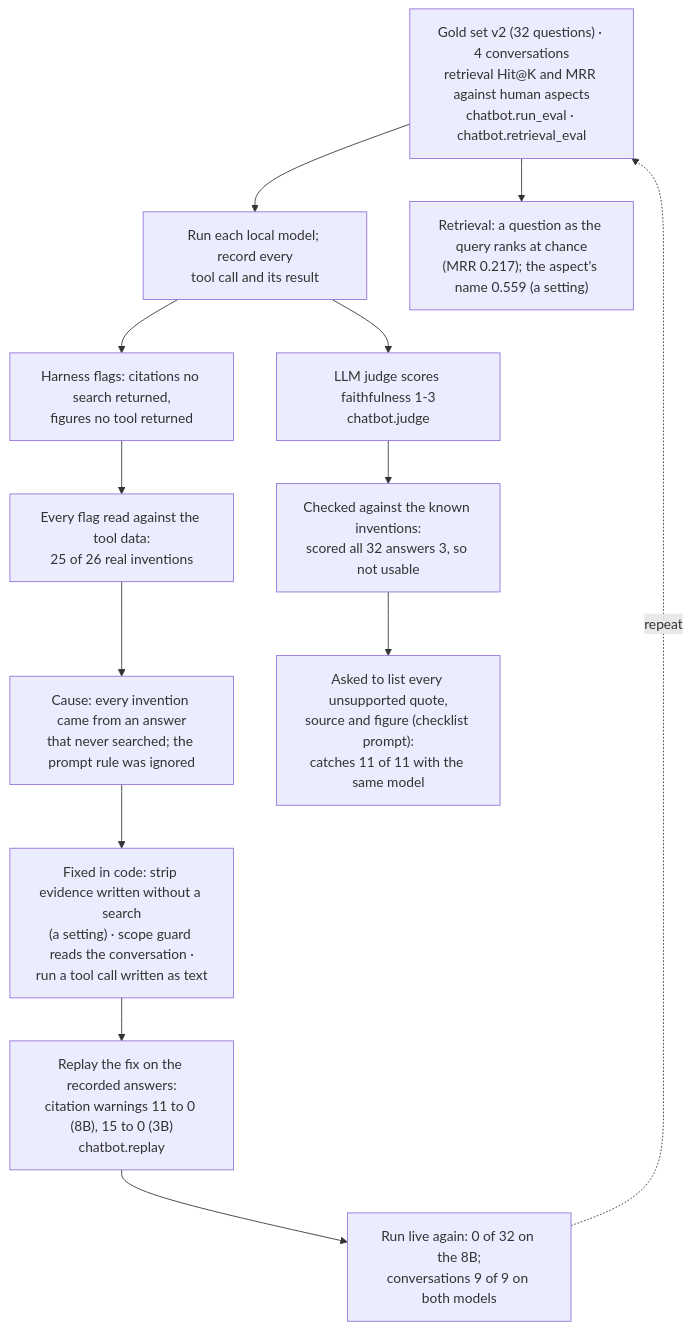
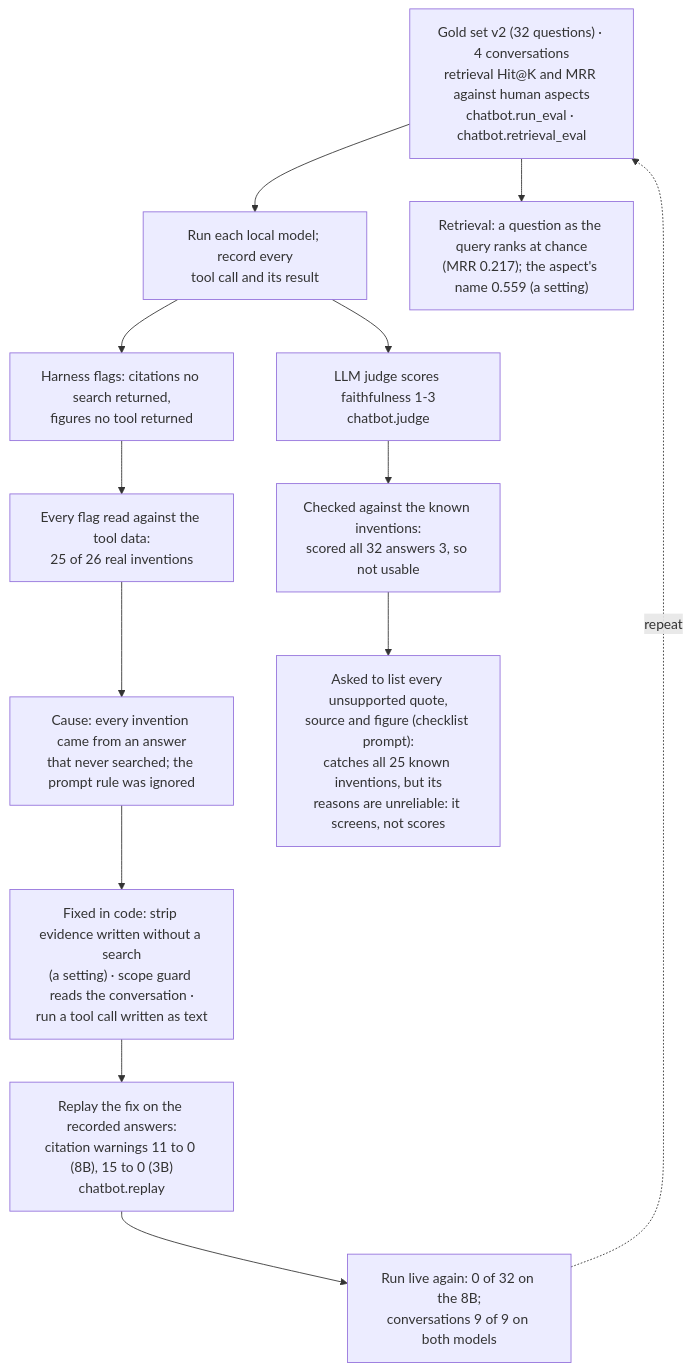
One commit to Gavingyh/plp-project changed the diagram in docs/diagrams/src/23-chatbot-improvement-loop.mmd. Above: the diagram before and after it, drawn with Mermaid. The commit also changed 3 other files, not shown here.

Commit message:
Diagram 23: the checklist judge screens, it doesn't score

```diff
--- a/docs/diagrams/src/23-chatbot-improvement-loop.mmd
+++ b/docs/diagrams/src/23-chatbot-improvement-loop.mmd
@@ -1,21 +1,21 @@
 flowchart TB
   accTitle: Chatbot evaluation and improvement loop
   accDescr: A frozen gold set, multi-turn conversations and retrieval metrics are run on each local model, recording every tool call and result. The harness flags invented citations and unverified figures; each flag is read by hand against the tool data. The cause found was that every invented citation came from an answer that never searched. Fixes went into code, were replayed on the recorded answers, then run live. The LLM judge was checked against the known inventions and failed; asked to list unsupported quotes, sources and figures instead, the same model caught all of them.
 
   gold["Gold set v2 (32 questions) · 4 conversations<br/>retrieval Hit@K and MRR against human aspects<br/>chatbot.run_eval · chatbot.retrieval_eval"]
   run["Run each local model; record every<br/>tool call and its result"]
   flags["Harness flags: citations no search returned,<br/>figures no tool returned"]
   read["Every flag read against the tool data:<br/>25 of 26 real inventions"]
   cause["Cause: every invention came from an answer<br/>that never searched; the prompt rule was ignored"]
   fix["Fixed in code: strip evidence written without a search<br/>(a setting) · scope guard reads the conversation ·<br/>run a tool call written as text"]
   replay["Replay the fix on the recorded answers:<br/>citation warnings 11 to 0 (8B), 15 to 0 (3B)<br/>chatbot.replay"]
   live["Run live again: 0 of 32 on the 8B;<br/>conversations 9 of 9 on both models"]
   retr["Retrieval: a question as the query ranks at chance<br/>(MRR 0.217); the aspect's name 0.559 (a setting)"]
   judge["LLM judge scores faithfulness 1-3<br/>chatbot.judge"]
   jcheck["Checked against the known inventions:<br/>scored all 32 answers 3, so not usable"]
-  jnext["Asked to list every unsupported quote,<br/>source and figure (checklist prompt):<br/>catches 11 of 11 with the same model"]
+  jnext["Asked to list every unsupported quote,<br/>source and figure (checklist prompt):<br/>catches all 25 known inventions, but its<br/>reasons are unreliable: it screens, not scores"]
 
   gold --> run --> flags --> read --> cause --> fix --> replay --> live
   gold --> retr
   run --> judge --> jcheck --> jnext
   live -. repeat .-> gold
```
